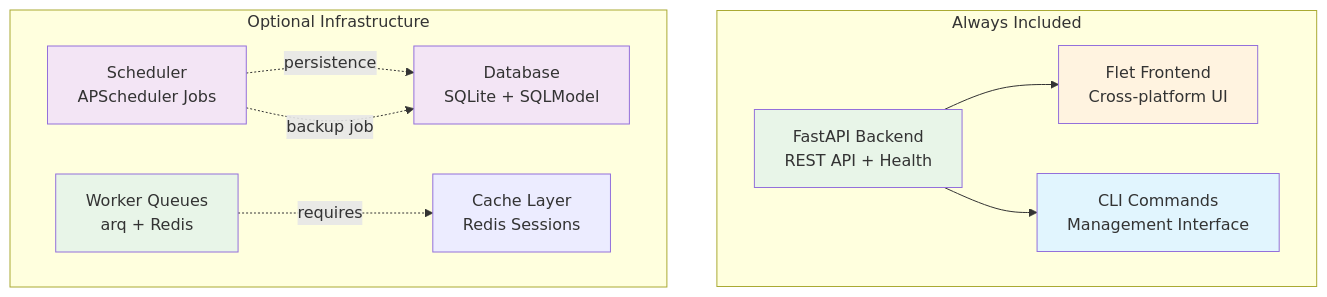
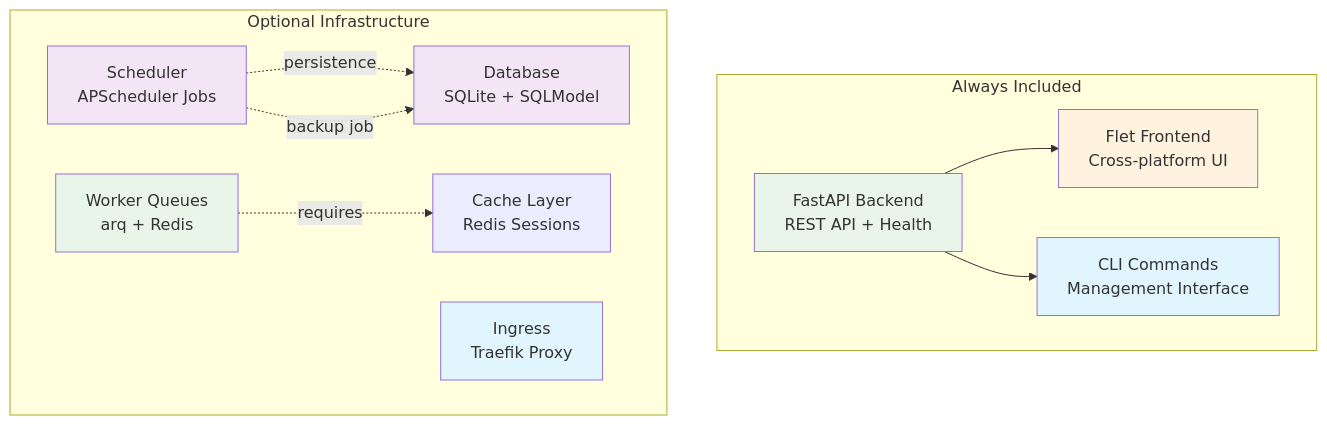
Before and after one commit to bhardwajRahul/aegis-stack: the first of 2 diagrams in docs/components/index.md, drawn with Mermaid. The commit also changed other lines of this file and 5 other files, not shown here.

````diff
--- a/docs/components/index.md
+++ b/docs/components/index.md
@@ -25,29 +25,31 @@
 ```mermaid
 graph TB
     subgraph "Always Included"
         API[FastAPI Backend<br/>REST API + Health]
         Frontend[Flet Frontend<br/>Cross-platform UI]
         CLI[CLI Commands<br/>Management Interface]
     end
     
     subgraph "Optional Infrastructure"
         Scheduler[Scheduler<br/>APScheduler Jobs]
         Database[Database<br/>SQLite + SQLModel]
         Worker[Worker Queues<br/>arq + Redis]
+        Ingress[Ingress<br/>Traefik Proxy]
         Cache[Cache Layer<br/>Redis Sessions]
     end
     
     API --> Frontend
     API --> CLI
     
     Scheduler -.->|persistence| Database
     Worker -.->|requires| Cache
     Scheduler -.->|backup job| Database
     
     style API fill:#e8f5e8
     style Frontend fill:#fff3e0  
     style CLI fill:#e1f5fe
     style Scheduler fill:#f3e5f5
     style Database fill:#f3e5f5
     style Worker fill:#e8f5e8
+    style Ingress fill:#e1f5fe
 ```
````
